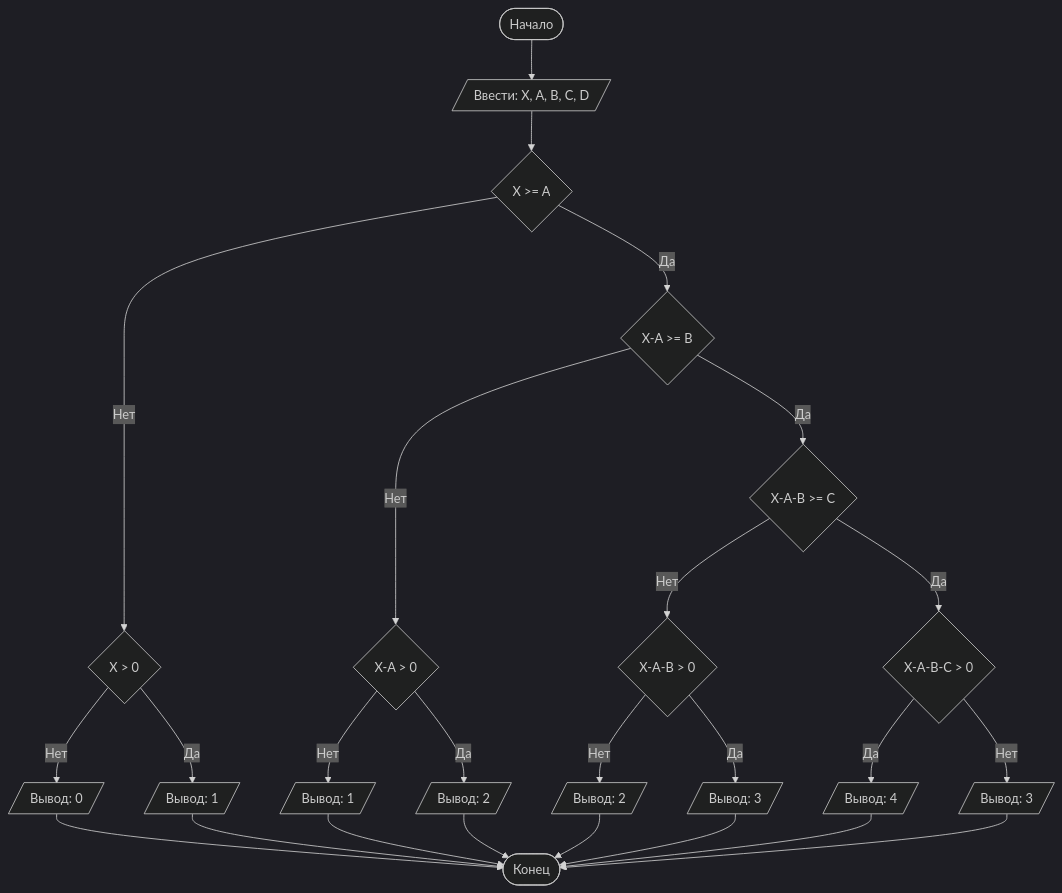
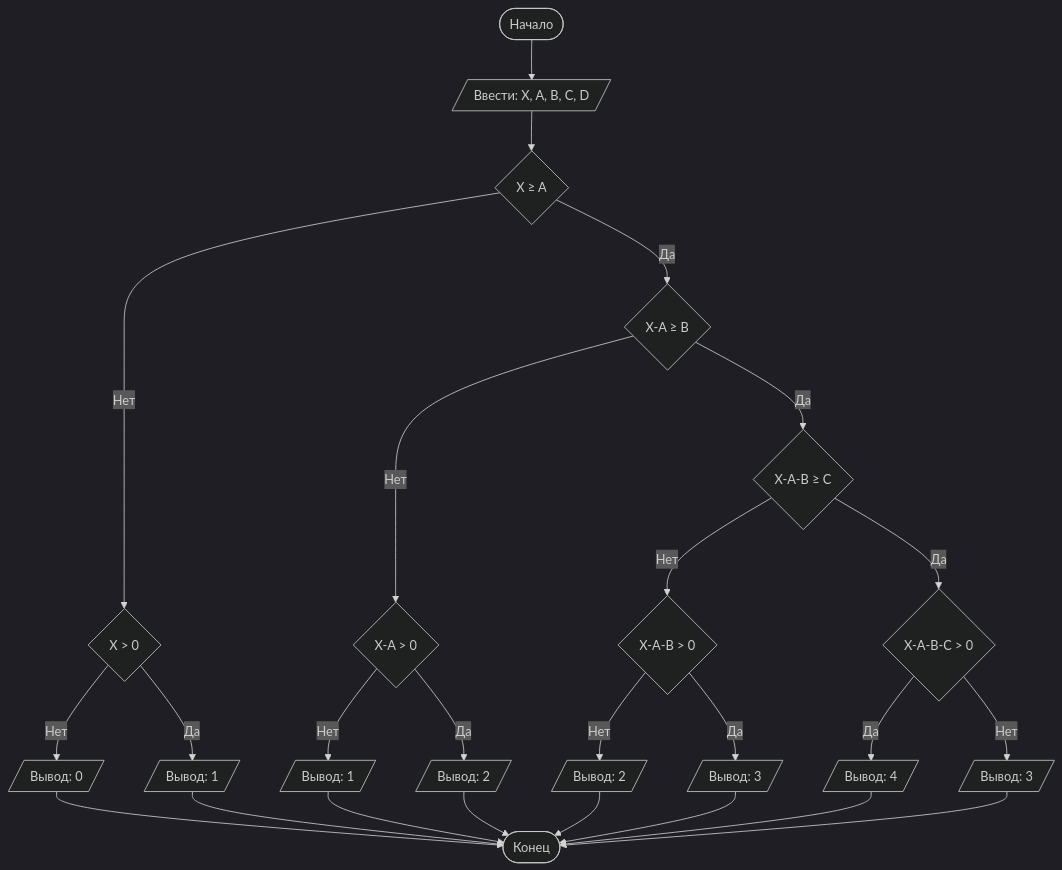
Before and after one commit to abchaccccc/LabNumber1: the diagram in README.md, drawn with Mermaid (dark theme). The commit also changed other lines of this file, not shown here.

````diff
--- a/README.md
+++ b/README.md
@@ -97,29 +97,29 @@
 ```mermaid
 graph TD
     A([Начало]) --> B[/Ввести: X, A, B, C, D/]
-    B --> C{X >= A}
+    B --> C{X ≥ A}
     C -- Нет --> D{X > 0}
     D -- Нет --> M[/Вывод: 0/]
     D -- Да --> N[/Вывод: 1/]
-    C -- Да --> E{X-A >= B}
+    C -- Да --> E{X-A ≥ B}
     E -- Нет --> V{X-A > 0}
     V -- Нет --> L[/Вывод: 1/]
     V -- Да --> X[/Вывод: 2/]
-    E -- Да --> G{X-A-B >= C}
+    E -- Да --> G{X-A-B ≥ C}
     G -- Нет --> P{X-A-B > 0}
     G -- Да --> I{X-A-B-C > 0}
     P -- Нет --> H[/Вывод: 2/]
     P -- Да --> R[/Вывод: 3/]
     I -- Да --> J[/Вывод: 4/]
     I -- Нет --> U[/Вывод: 3/]
     X --> Z
     M --> Z
     N --> Z
     H --> Z
     R --> Z
     U --> Z
     L --> Z
     J --> Z([Конец])
     
 
 ```
````
